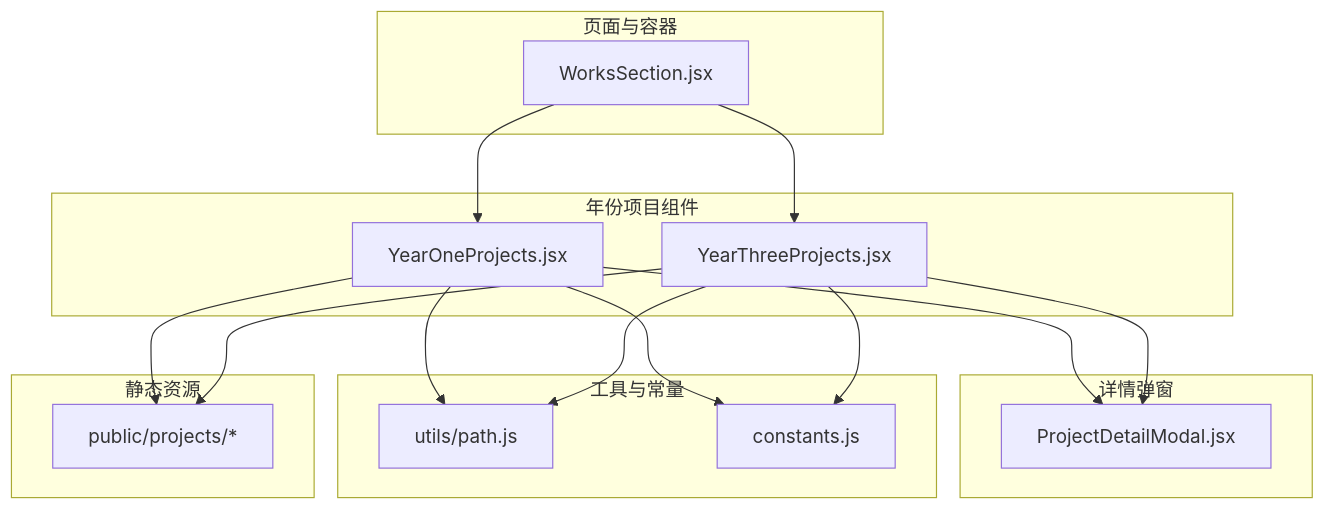
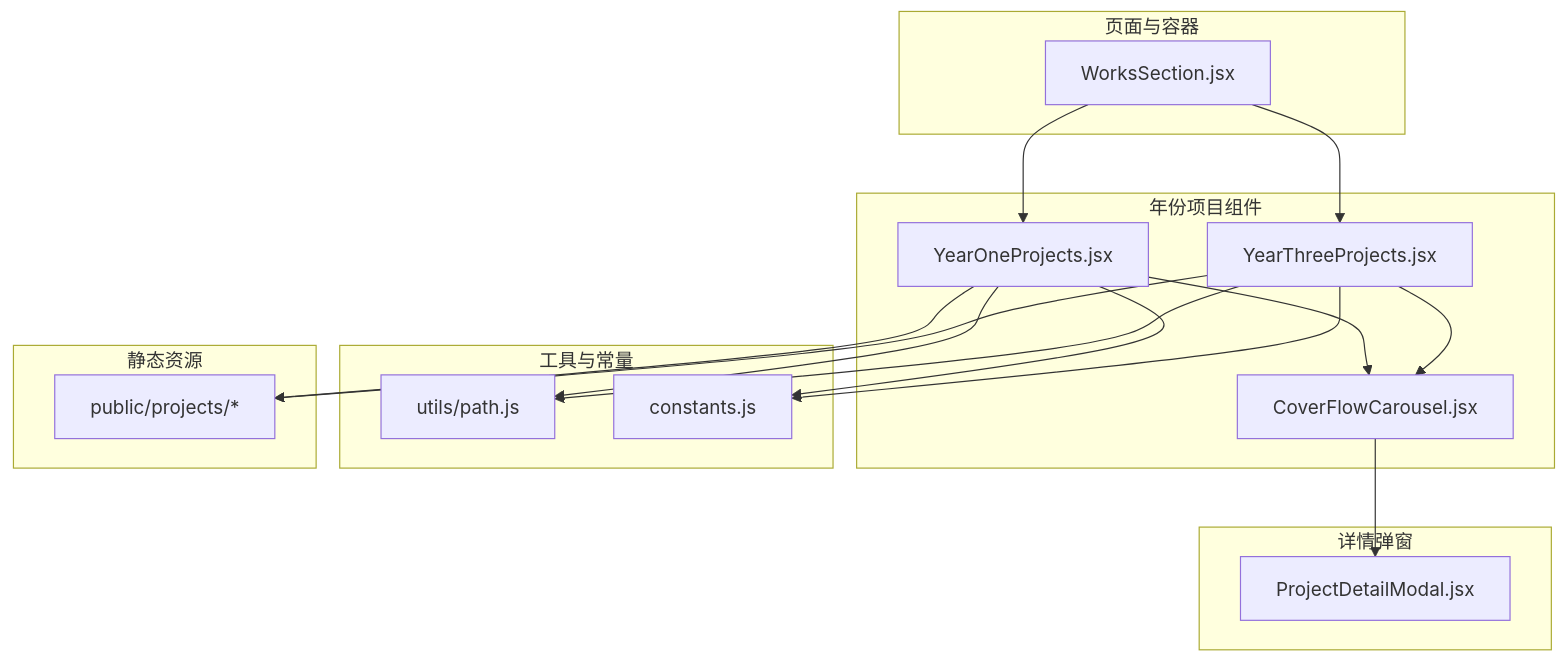
Before and after one commit to lithos666/lithos666.github.io: the first of 6 diagrams in .qoder/repowiki/zh/content/核心功能模块/作品展示组件/年份项目组件.md, drawn with Mermaid. The commit also changed other lines of this file and 51 other files, not shown here.

````diff
--- a/.qoder/repowiki/zh/content/核心功能模块/作品展示组件/年份项目组件.md
+++ b/.qoder/repowiki/zh/content/核心功能模块/作品展示组件/年份项目组件.md
@@ -41,30 +51,32 @@
 ```mermaid
 graph TB
 subgraph "页面与容器"
 WS["WorksSection.jsx"]
 end
 subgraph "年份项目组件"
 Y1["YearOneProjects.jsx"]
 Y3["YearThreeProjects.jsx"]
+CFC["CoverFlowCarousel.jsx"]
 end
 subgraph "详情弹窗"
 PM["ProjectDetailModal.jsx"]
 end
 subgraph "工具与常量"
 PTH["utils/path.js"]
 CTS["constants.js"]
 end
 subgraph "静态资源"
 RES["public/projects/*"]
 end
 WS --> Y1
 WS --> Y3
-Y1 --> PM
-Y3 --> PM
+Y1 --> CFC
+Y3 --> CFC
+CFC --> PM
 Y1 --> PTH
 Y3 --> PTH
 Y1 --> CTS
 Y3 --> CTS
 Y1 --> RES
 Y3 --> RES
 ```
````
